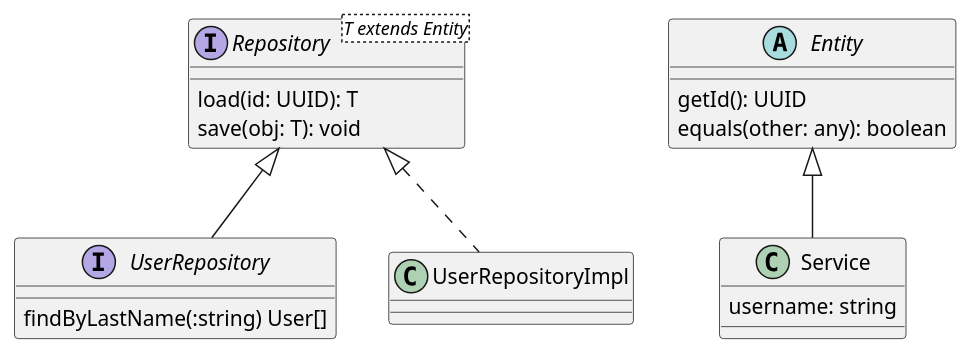
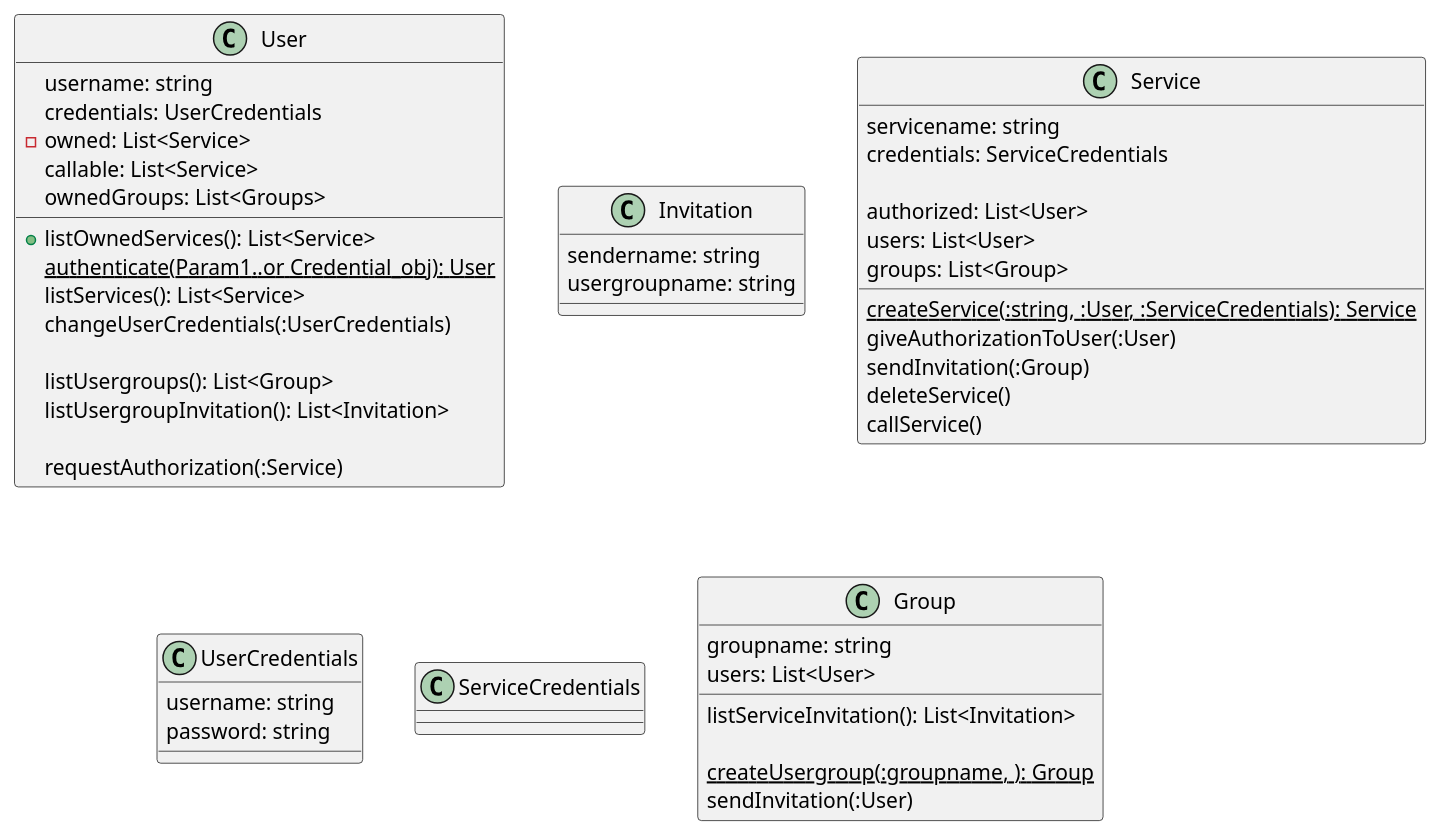
Before and after one commit to sesogr/auth-share: the diagram in doc/architecture.puml, drawn with PlantUML. The commit also changed other lines of this file, not shown here.

Commit message:
improve class diagram

```diff
--- a/doc/architecture.puml
+++ b/doc/architecture.puml
@@ -1,25 +1,71 @@
 @startuml
-'https://plantuml.com/class-diagram
 
-interface Repository<T extends Entity> {
-    load(id: UUID): T
-    save(obj: T): void
+class User{
+
+    username: string
+    credentials: UserCredentials
+    -owned: List<Service>
+    callable: List<Service>
+    ownedGroups: List<Groups>
+    
+    +listOwnedServices(): List<Service>
+    {static}authenticate(Param1..or Credential_obj): User
+    
+    listServices(): List<Service>
+    changeUserCredentials(:UserCredentials)
+
+    listUsergroups(): List<Group>
+    listUsergroupInvitation(): List<Invitation>
+
+    requestAuthorization(:Service)
 }
-interface UserRepository extends Repository<User> {
-    findByLastName(:string) User[]
+
+class Invitation{
+
+    sendername: string
+    usergroupname: string
 
 }
 
-class UserRepositoryImpl implements Repository<User> {
+class Service{
+
+    servicename: string
+    credentials: ServiceCredentials
+    
+    {static}createService(:string, :User, :ServiceCredentials): Service
+    authorized: List<User>
+    users: List<User>
+    groups: List<Group>
+
+    giveAuthorizationToUser(:User)
+    sendInvitation(:Group)
+    
+    deleteService()
+    callService()
+
+    
 }
 
-abstract class Entity {
-    getId(): UUID
-    equals(other: any): boolean
+class UserCredentials{
+
+    username: string
+    password: string
+    
 }
 
-class Service extends Entity {
-    username: string
+class ServiceCredentials{
+    
+    
+
+}
+
+class Group{
+    groupname: string
+    users: List<User>
+    listServiceInvitation(): List<Invitation>
+
+    {static}createUsergroup(:groupname, ): Group
+    sendInvitation(:User)
 }
 
 @enduml
```
